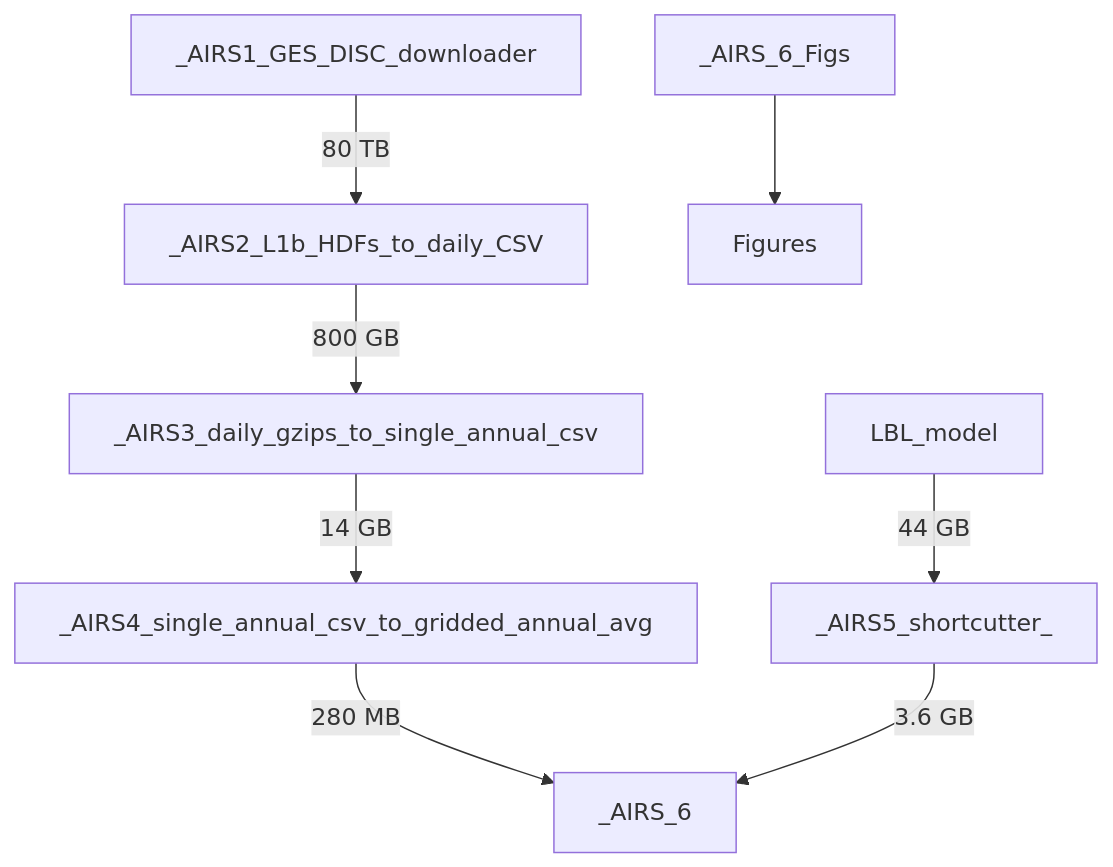
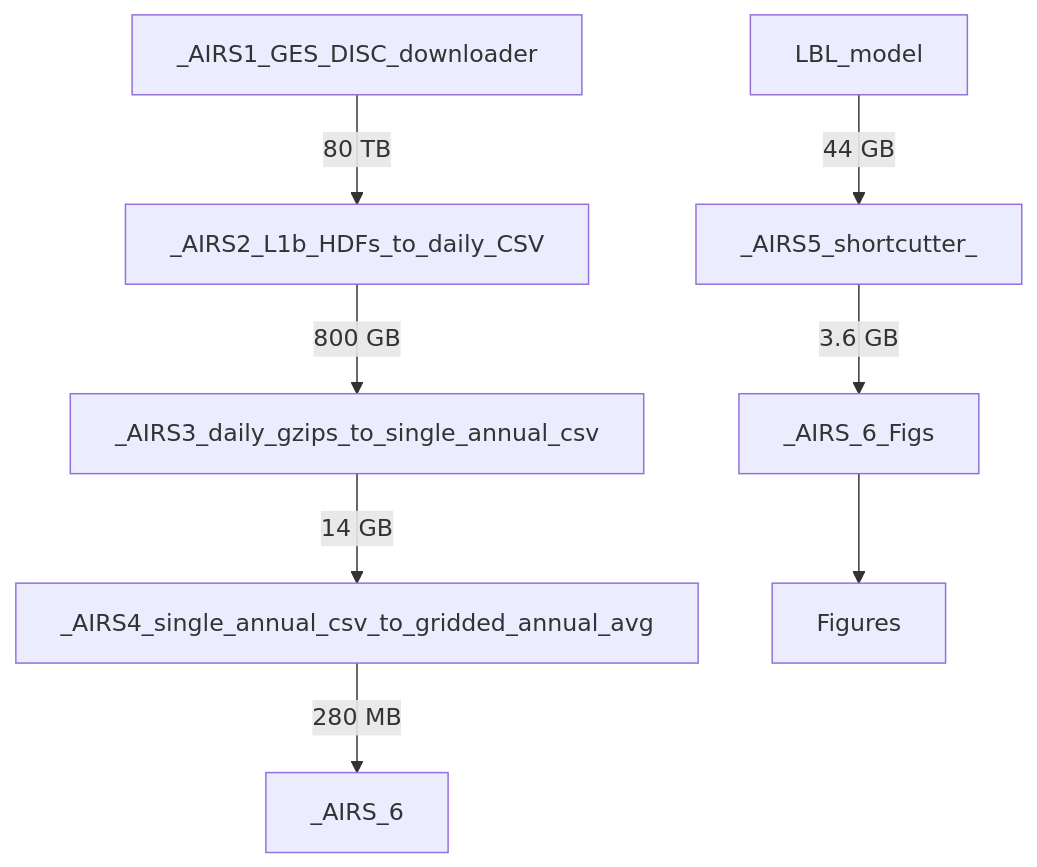
The diagram in README.md (rentcp/NS9188K), drawn with Mermaid before and after one commit.

Commit message:
Finish first draft

````diff
--- a/README.md
+++ b/README.md
@@ -13,11 +13,11 @@
 ```mermaid
 graph TD;
     LBL_model--44 GB-->_AIRS5_shortcutter_;
     _AIRS1_GES_DISC_downloader--80 TB-->_AIRS2_L1b_HDFs_to_daily_CSV;
     _AIRS2_L1b_HDFs_to_daily_CSV--800 GB-->_AIRS3_daily_gzips_to_single_annual_csv;
     _AIRS3_daily_gzips_to_single_annual_csv--14 GB-->_AIRS4_single_annual_csv_to_gridded_annual_avg;
     _AIRS4_single_annual_csv_to_gridded_annual_avg--280 MB-->_AIRS_6;
-    _AIRS5_shortcutter_--3.6 GB-->_AIRS_6;
+    _AIRS5_shortcutter_--3.6 GB-->_AIRS_6_Figs;
     _AIRS_6_Figs-->Figures
 
 ```
````
